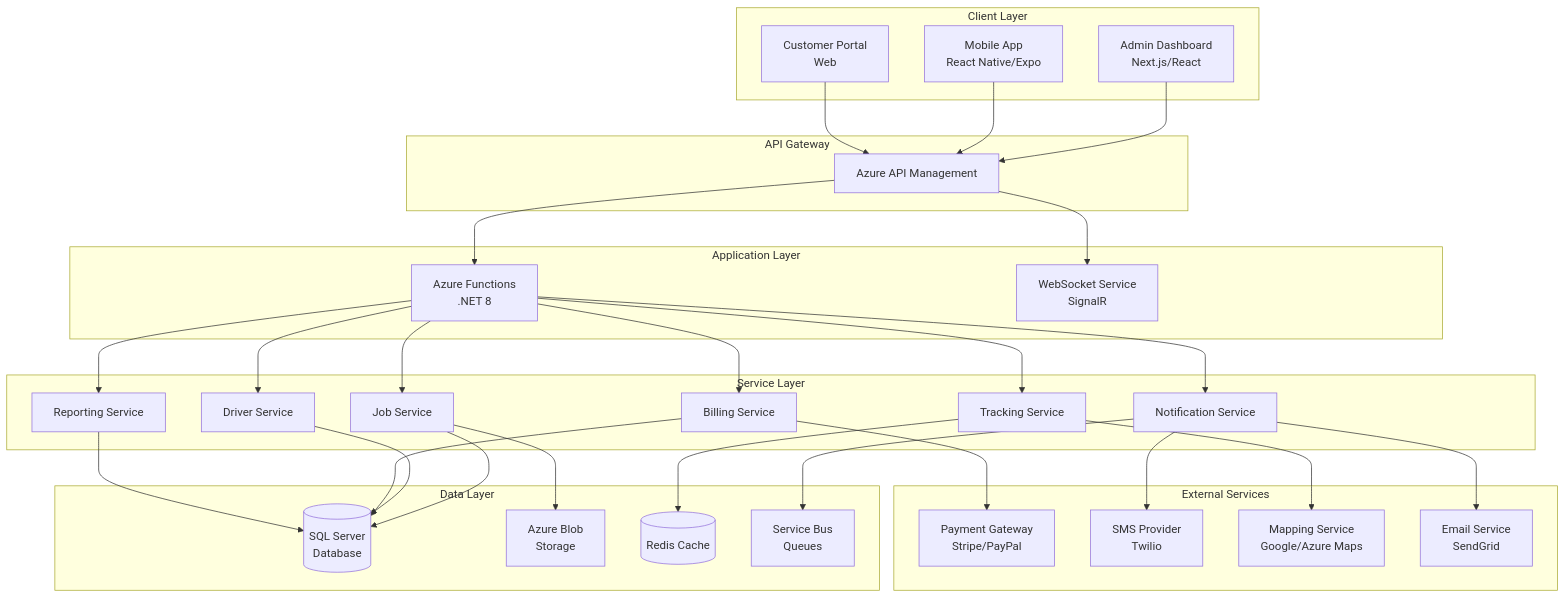
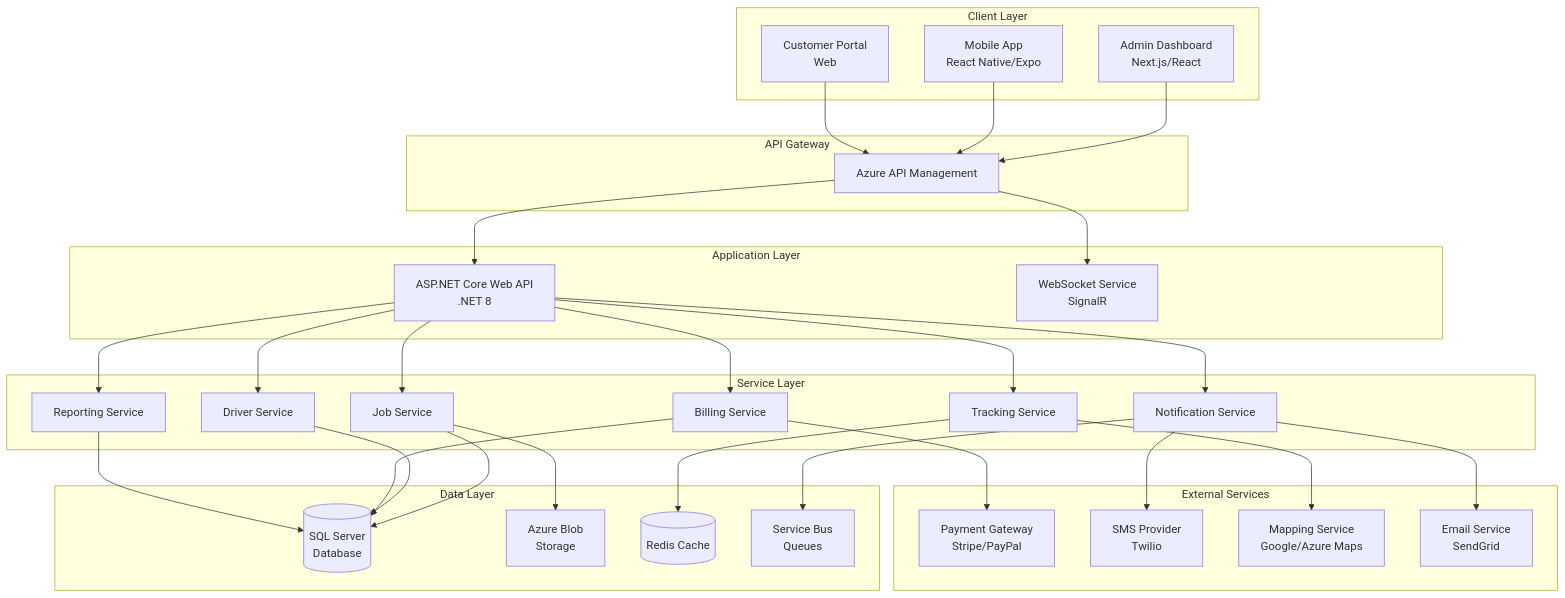
Before and after one commit to dpalfery/bolt-hotshot-logistics: the first of 3 diagrams in 6-Docs/specs/hotshot-logistics-platform/design.md, drawn with Mermaid. The commit also changed other lines of this file and 136 other files, not shown here.

First line of the commit message:
feat(api): migrate api from azure functions to asp.net core

````diff
--- a/6-Docs/specs/hotshot-logistics-platform/design.md
+++ b/6-Docs/specs/hotshot-logistics-platform/design.md
@@ -20,63 +20,63 @@
 ```mermaid
 graph TB
     subgraph "Client Layer"
         AD[Admin Dashboard<br/>Next.js/React]
         MA[Mobile App<br/>React Native/Expo]
         CP[Customer Portal<br/>Web]
     end
     
     subgraph "API Gateway"
         AG[Azure API Management]
     end
     
     subgraph "Application Layer"
-        AF[Azure Functions<br/>.NET 8]
+        API[ASP.NET Core Web API<br/>.NET 8]
         WS[WebSocket Service<br/>SignalR]
     end
     
     subgraph "Service Layer"
         JS[Job Service]
         DS[Driver Service]
         BS[Billing Service]
         NS[Notification Service]
         TS[Tracking Service]
         RS[Reporting Service]
     end
     
     subgraph "Data Layer"
         SQL[(SQL Server<br/>Database)]
         BLOB[Azure Blob<br/>Storage]
         CACHE[(Redis Cache)]
         QUEUE[Service Bus<br/>Queues]
     end
     
     subgraph "External Services"
         PAY[Payment Gateway<br/>Stripe/PayPal]
         SMS[SMS Provider<br/>Twilio]
         MAP[Mapping Service<br/>Google/Azure Maps]
         EMAIL[Email Service<br/>SendGrid]
     end
     
     AD --> AG
     MA --> AG
     CP --> AG
-    AG --> AF
+    AG --> API
     AG --> WS
-    AF --> JS
-    AF --> DS
-    AF --> BS
-    AF --> NS
-    AF --> TS
-    AF --> RS
+    API --> JS
+    API --> DS
+    API --> BS
+    API --> NS
+    API --> TS
+    API --> RS
     JS --> SQL
     DS --> SQL
     BS --> SQL
     NS --> QUEUE
     TS --> CACHE
     RS --> SQL
     JS --> BLOB
     NS --> SMS
     NS --> EMAIL
     TS --> MAP
     BS --> PAY
 ```
````
